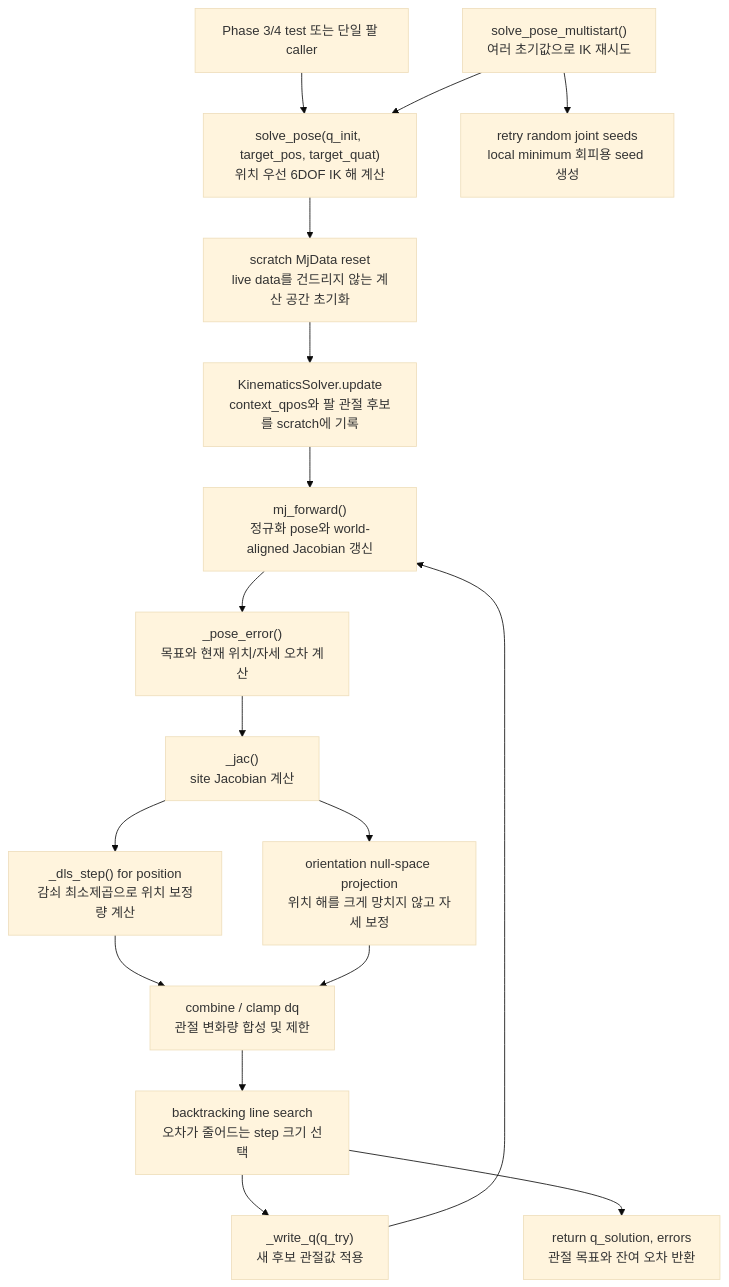
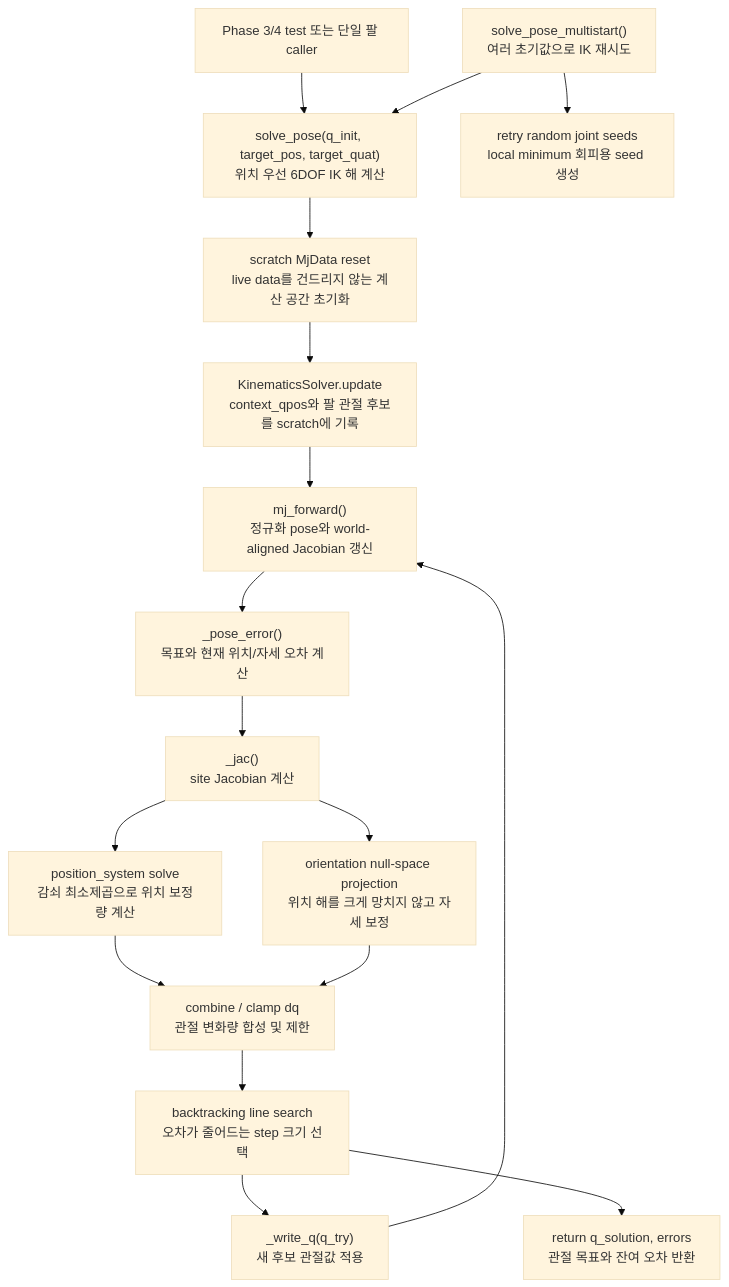
The second of 2 diagrams in docs/guide/ik.md (ggh-png/ffw-sh5-grasp), drawn with Mermaid (base theme) before and after one commit. The commit also changed other lines of this file and 32 other files, not shown here.

````diff
--- a/docs/guide/ik.md
+++ b/docs/guide/ik.md
@@ -89,20 +87,20 @@
 ```mermaid
 flowchart TD
     A["Phase 3/4 test 또는 단일 팔 caller"] --> B["solve_pose(q_init, target_pos, target_quat)<br>위치 우선 6DOF IK 해 계산"]
     B --> C["scratch MjData reset<br>live data를 건드리지 않는 계산 공간 초기화"]
     C --> D["KinematicsSolver.update<br>context_qpos와 팔 관절 후보를 scratch에 기록"]
     D --> F["mj_forward()<br>정규화 pose와 world-aligned Jacobian 갱신"]
     F --> G["_pose_error()<br>목표와 현재 위치/자세 오차 계산"]
     G --> H["_jac()<br>site Jacobian 계산"]
-    H --> I["_dls_step() for position<br>감쇠 최소제곱으로 위치 보정량 계산"]
+    H --> I["position_system solve<br>감쇠 최소제곱으로 위치 보정량 계산"]
     H --> J["orientation null-space projection<br>위치 해를 크게 망치지 않고 자세 보정"]
     I --> K["combine / clamp dq<br>관절 변화량 합성 및 제한"]
     J --> K
     K --> L["backtracking line search<br>오차가 줄어드는 step 크기 선택"]
     L --> M["_write_q(q_try)<br>새 후보 관절값 적용"]
     M --> F
     L --> N["return q_solution, errors<br>관절 목표와 잔여 오차 반환"]
 
     O["solve_pose_multistart()<br>여러 초기값으로 IK 재시도"] --> B
     O --> P["retry random joint seeds<br>local minimum 회피용 seed 생성"]
 ```
````
